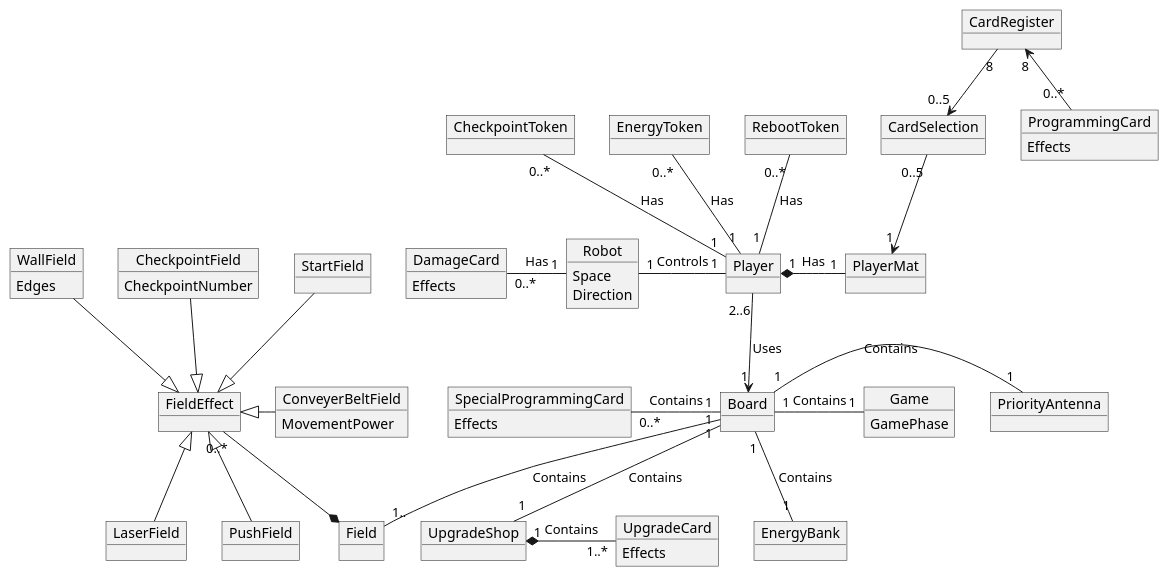
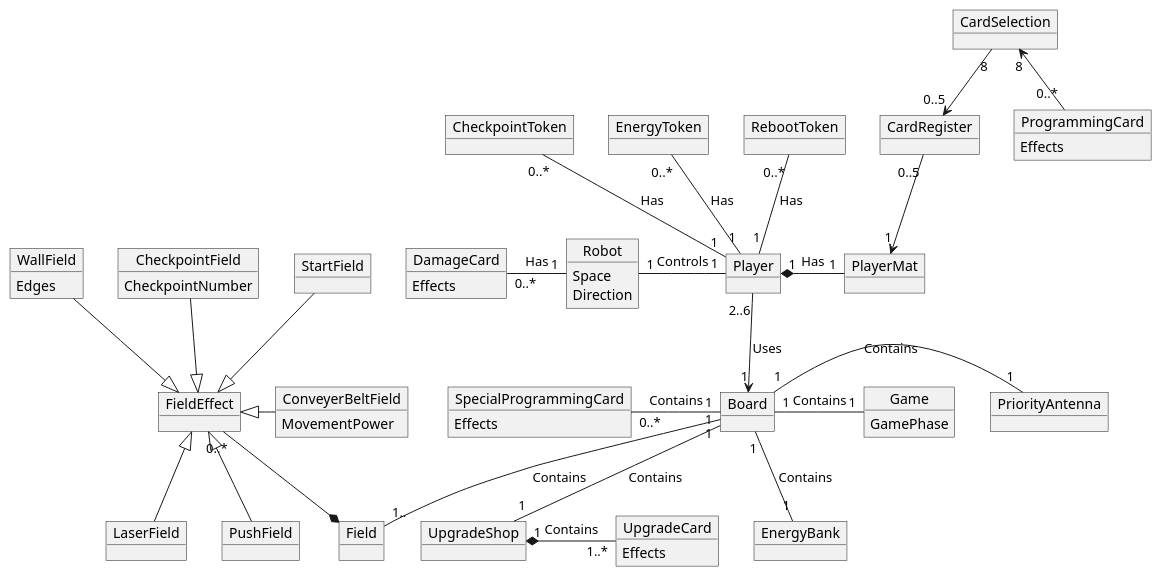
Before and after one commit to SiGoldbach/roborally: the diagram in 02324-f22-master-e1f89f504da192119e73ae0ea99f3085281965a4/RoboRally/roborally-1.1.0-java17/roborally/Models/Domain.puml, drawn with PlantUML.

Commit message:
Updates to DomainModel. Arrows need to be fixed around CardSelection.

```diff
--- a/02324-f22-master-e1f89f504da192119e73ae0ea99f3085281965a4/RoboRally/roborally-1.1.0-java17/roborally/Models/Domain.puml
+++ b/02324-f22-master-e1f89f504da192119e73ae0ea99f3085281965a4/RoboRally/roborally-1.1.0-java17/roborally/Models/Domain.puml
@@ -1,83 +1,83 @@
 @startuml
 'https://plantuml.com/sequence-diagram
 Object Game{
 GamePhase
 }
 Object Board
 Object Field
 Object FieldEffect
 Object LaserField
 Object ConveyerBeltField{
 MovementPower
 }
 Object WallField{
 Edges
 }
 Object CheckpointField{
 CheckpointNumber
 }
 Object StartField
 Object PushField
 Object Player
 Object Robot {
 Space
 Direction
 }
 Object ProgrammingCard{
 Effects
 }
 Object CardRegister
 Object CardSelection
 Object SpecialProgrammingCard{
 Effects
 }
 Object DamageCard{
 Effects
 }
 Object UpgradeCard{
 Effects
 }
 Object CheckpointToken
 Object EnergyToken
 Object PriorityAntenna
 Object RebootToken
 Object UpgradeShop
 Object PlayerMat
 Object EnergyBank
 
 
 FieldEffect "0..*" --* Field
 Field"1.." --u "1"Board:Contains
 PriorityAntenna "1"--l "1" Board:Contains
 EnergyBank"1"--u"1"Board:Contains
 UpgradeShop"1"--u"1"Board:Contains
 SpecialProgrammingCard"0..*"--r"1"Board:Contains
 
 Robot"1"-r"1"Player:Controls
 PlayerMat"1" --l* "1"Player:Has
 EnergyToken"0..*" --d "1"Player:Has
 RebootToken"0..*"--d"1"Player:Has
 CheckpointToken"0..*"--d"1"Player:Has
 Game"1"--l"1"Board:Contains
 
 
 DamageCard "0..*" ---r "1" Robot:Has
 
-ProgrammingCard "0..*" --u> "8" CardRegister
-CardRegister "8" --> "0..5" CardSelection
-CardSelection "0..5" --> "1" PlayerMat
+ProgrammingCard "0..*" --u> "8" CardSelection
+CardSelection "8" --> "0..5" CardRegister
+CardRegister "0..5" --> "1" PlayerMat
 
 
 Player"2..6"--d>"1"Board:Uses
 
 StartField--d|>FieldEffect
 WallField--d|>FieldEffect
 CheckpointField--d|>FieldEffect
 LaserField--u|>FieldEffect
 ConveyerBeltField--l|>FieldEffect
 PushField--u|>FieldEffect
 
 UpgradeCard"1..*"-l*"1"UpgradeShop:Contains
 
 
 @enduml
```
